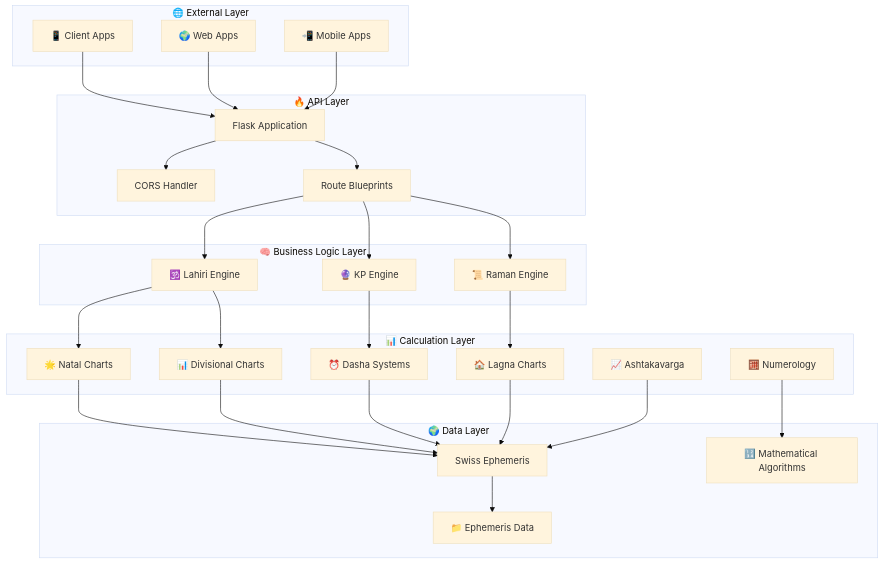
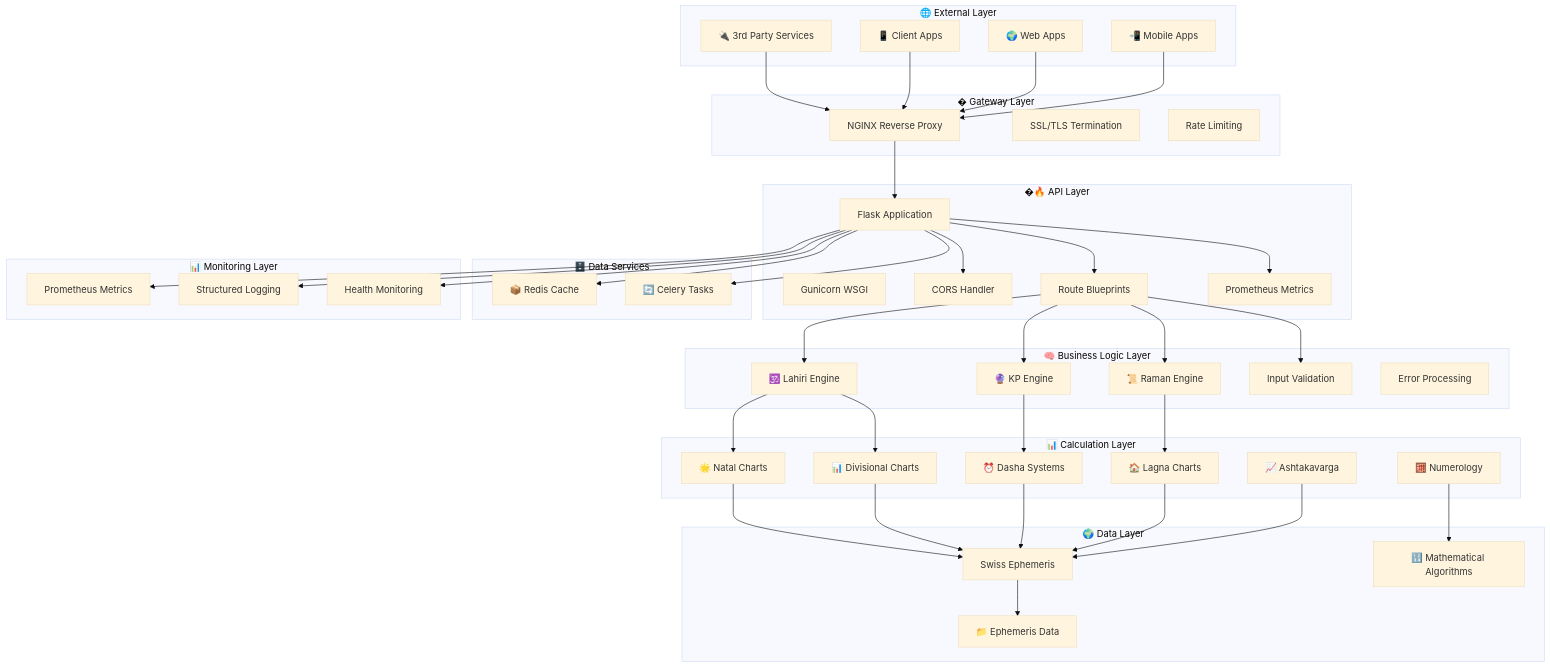
One commit to Project-Corp-Astro/Astro_Engine changed the fourth of 18 diagrams in README.md. Above: the diagram before and after it, drawn with Mermaid (base theme). The commit also changed other lines of this file and 78 other files, not shown here.

````diff
--- a/README.md
+++ b/README.md
@@ -84,18 +256,29 @@
         Client[📱 Client Apps]
         Web[🌍 Web Apps]
         Mobile[📲 Mobile Apps]
+        ThirdParty[🔌 3rd Party Services]
     end
     
-    subgraph "🔥 API Layer"
+    subgraph "�️ Gateway Layer"
+        NGINX[NGINX Reverse Proxy]
+        SSL[SSL/TLS Termination]
+        RateLimit[Rate Limiting]
+    end
+    
+    subgraph "�🔥 API Layer"
         Flask[Flask Application]
+        Gunicorn[Gunicorn WSGI]
         CORS[CORS Handler]
         Routes[Route Blueprints]
+        Metrics[Prometheus Metrics]
     end
     
     subgraph "🧠 Business Logic Layer"
         Lahiri[🕉️ Lahiri Engine]
         KP[🔮 KP Engine]
         Raman[📜 Raman Engine]
+        Validation[Input Validation]
+        ErrorHandling[Error Processing]
     end
     
     subgraph "📊 Calculation Layer"
@@ -107,21 +290,39 @@
         Numerology[🧮 Numerology]
     end
     
+    subgraph "🗄️ Data Services"
+        Redis[📦 Redis Cache]
+        Celery[🔄 Celery Tasks]
+    end
+
     subgraph "🌍 Data Layer"
         SwissEph[Swiss Ephemeris]
         EpheFiles[📁 Ephemeris Data]
         Algorithms[🔢 Mathematical Algorithms]
     end
     
-    Client --> Flask
-    Web --> Flask
-    Mobile --> Flask
+    subgraph "📊 Monitoring Layer"
+        Prometheus[Prometheus Metrics]
+        Structured[Structured Logging]
+        HealthChecks[Health Monitoring]
+    end
     
+    ThirdParty --> NGINX
+    Client --> NGINX
+    Web --> NGINX
+    Mobile --> NGINX
+    
+    NGINX --> Flask
     Flask --> CORS
     Flask --> Routes
+    Flask --> Metrics
+    Flask --> Redis
+    Flask --> Celery
+    
     Routes --> Lahiri
     Routes --> KP
     Routes --> Raman
+    Routes --> Validation
     
     Lahiri --> Natal
     Lahiri --> Divisional
@@ -136,4 +337,8 @@
     Numerology --> Algorithms
     
     SwissEph --> EpheFiles
+    
+    Flask --> Prometheus
+    Flask --> Structured
+    Flask --> HealthChecks
 ```
````
